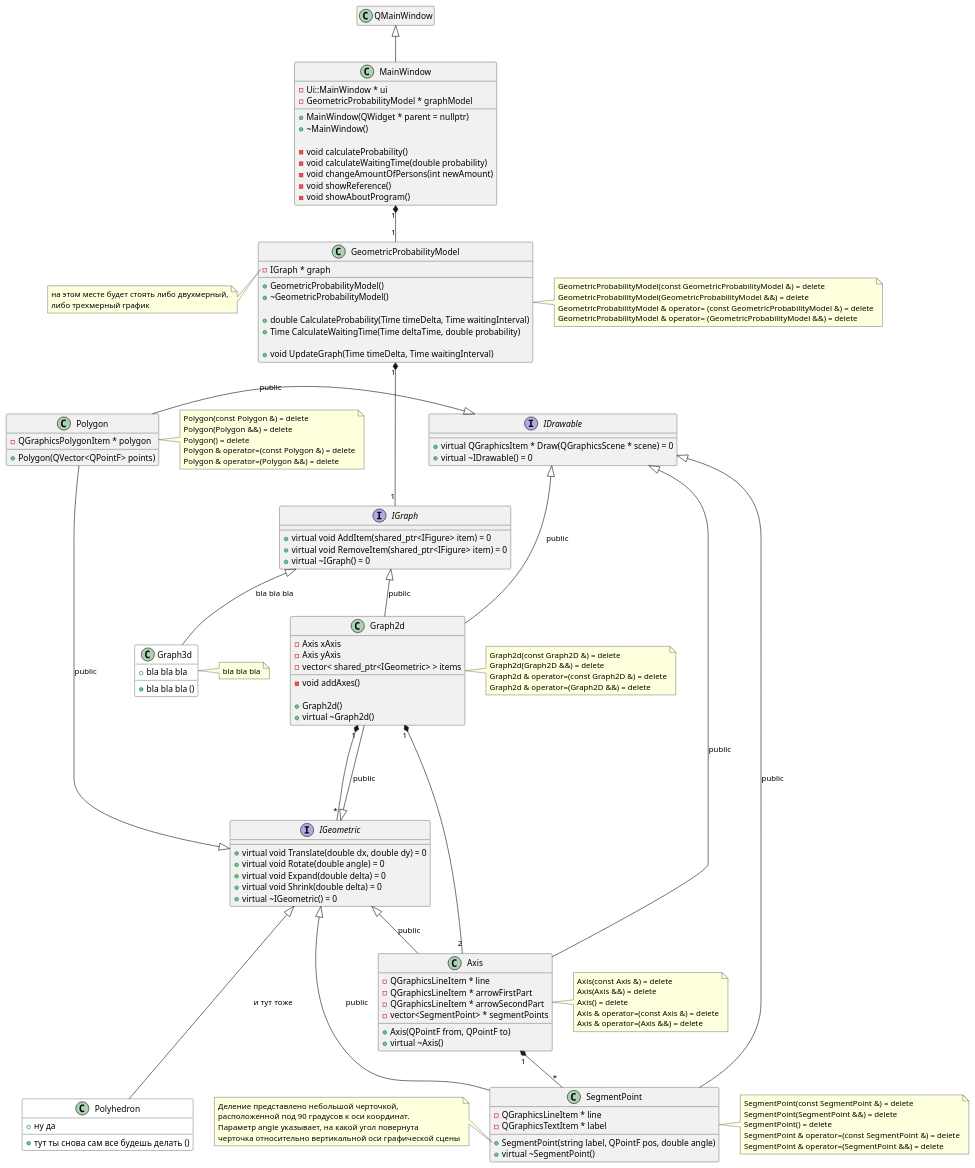
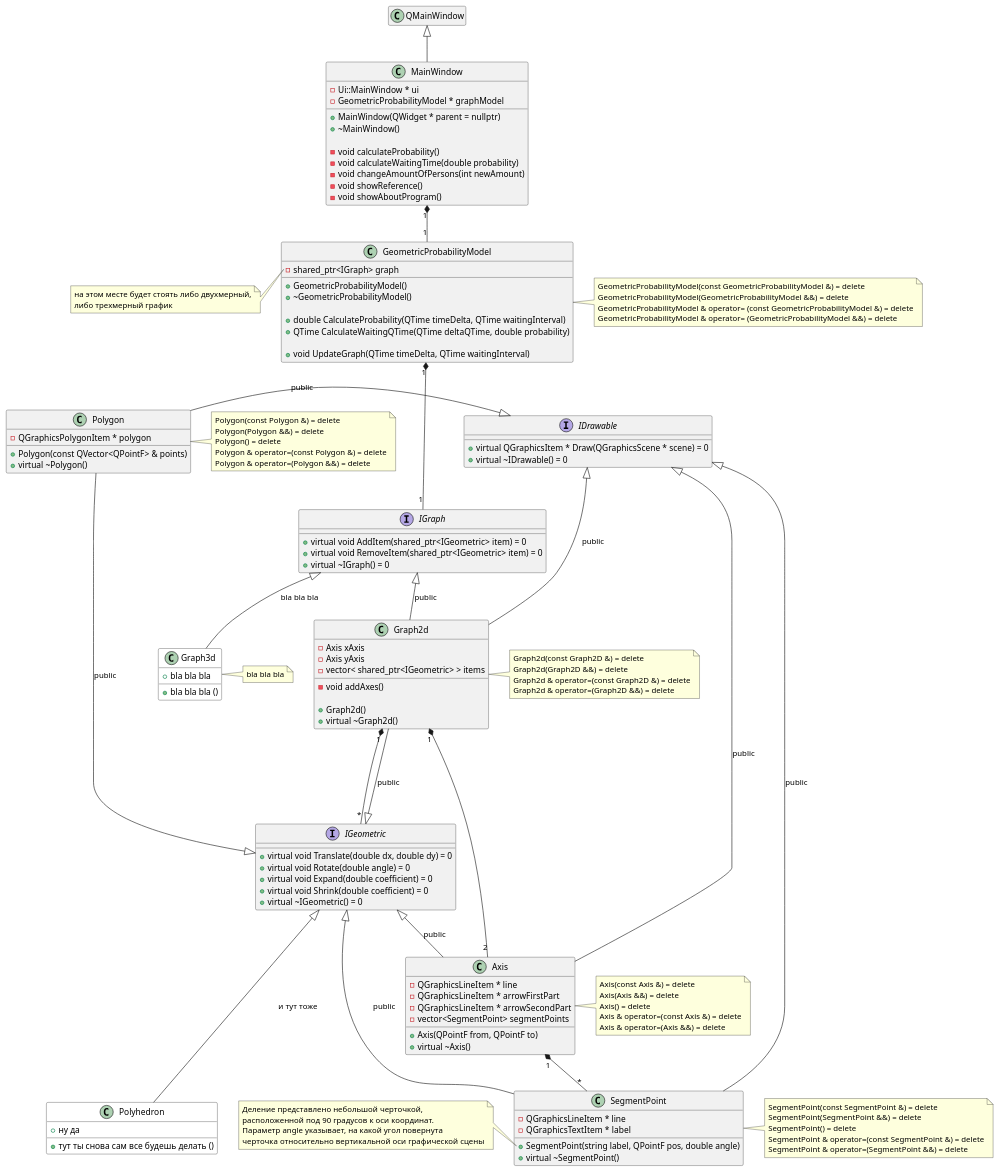
Before and after one commit to HandsAndKeyboards/AppointmentProblem: the diagram in doc/graph2d class.puml, drawn with PlantUML. The commit also changed 1 other file, not shown here.

```diff
--- a/doc/graph2d class.puml
+++ b/doc/graph2d class.puml
@@ -1,186 +1,187 @@
 @startuml 
 
 'https://plantuml.com/class-diagram
 
 class MainWindow {
     - Ui::MainWindow * ui
     - GeometricProbabilityModel * graphModel
 
     + MainWindow(QWidget * parent = nullptr)
     + ~MainWindow()
 
     - void calculateProbability()
     - void calculateWaitingTime(double probability)
     - void changeAmountOfPersons(int newAmount)
     - void showReference()
     - void showAboutProgram()
 }
 QMainWindow <|-- MainWindow
 hide QMainWindow members
 
 
 
 class GeometricProbabilityModel {
-    - IGraph * graph
+    - shared_ptr<IGraph> graph
 
     + GeometricProbabilityModel()
     + ~GeometricProbabilityModel()
 
-    + double CalculateProbability(Time timeDelta, Time waitingInterval)
-    + Time CalculateWaitingTime(Time deltaTime, double probability)
+    + double CalculateProbability(QTime timeDelta, QTime waitingInterval)
+    + QTime CalculateWaitingQTime(QTime deltaQTime, double probability)
 
-    + void UpdateGraph(Time timeDelta, Time waitingInterval)
+    + void UpdateGraph(QTime timeDelta, QTime waitingInterval)
 }
 MainWindow "1" *-- "1" GeometricProbabilityModel
 note left of GeometricProbabilityModel::"graph"
     на этом месте будет стоять либо двухмерный,
     либо трехмерный график
 end note
 note right of GeometricProbabilityModel
     GeometricProbabilityModel(const GeometricProbabilityModel &) = delete
     GeometricProbabilityModel(GeometricProbabilityModel &&) = delete
     GeometricProbabilityModel & operator= (const GeometricProbabilityModel &) = delete
     GeometricProbabilityModel & operator= (GeometricProbabilityModel &&) = delete
 end note
 
 
 
 interface IGraph {
-    + virtual void AddItem(shared_ptr<IFigure> item) = 0
-    + virtual void RemoveItem(shared_ptr<IFigure> item) = 0
+    + virtual void AddItem(shared_ptr<IGeometric> item) = 0
+    + virtual void RemoveItem(shared_ptr<IGeometric> item) = 0
     + virtual ~IGraph() = 0
 }
 GeometricProbabilityModel "1" *--- "1" IGraph
 note left of IGraph::"mainFigure"
     основная фигура, характеризующая
     геометрическую вероятность
 end note
 note left of IGraph::"boundingFigure"
     фигура, ограничивающая основную
 end note
 
 
 
 class Graph2d {
     - Axis xAxis
     - Axis yAxis
     - vector< shared_ptr<IGeometric> > items
 
     - void addAxes()
 
     + Graph2d()
     + virtual ~Graph2d()
 }
 IGraph <|-- Graph2d : public
 IGeometric <|--- Graph2d : public
 IDrawable <|--- Graph2d : public
 note right of Graph2d
     Graph2d(const Graph2D &) = delete
     Graph2d(Graph2D &&) = delete
     Graph2d & operator=(const Graph2D &) = delete
     Graph2d & operator=(Graph2D &&) = delete
 end note
 
 
 
 class Graph3d #white { /' #white окрашивает объект в белый цвет '/
     + bla bla bla
     + bla bla bla ()
 }
 IGraph <|-- Graph3d : bla bla bla
 note right of Graph3d
     bla bla bla
 end note
 
 
 
 class Axis {
     - QGraphicsLineItem * line
     - QGraphicsLineItem * arrowFirstPart
     - QGraphicsLineItem * arrowSecondPart
-    - vector<SegmentPoint> * segmentPoints
+    - vector<SegmentPoint> segmentPoints
 
     + Axis(QPointF from, QPointF to)
     + virtual ~Axis()
 }
 IGeometric <|-- Axis : public
 IDrawable <|-- Axis : public
 Graph2d "1" *-- "2" Axis
 note right of Axis
     Axis(const Axis &) = delete
     Axis(Axis &&) = delete
     Axis() = delete
     Axis & operator=(const Axis &) = delete
     Axis & operator=(Axis &&) = delete
 end note
 
 
 
 class SegmentPoint {
     - QGraphicsLineItem * line
     - QGraphicsTextItem * label
 
     + SegmentPoint(string label, QPointF pos, double angle)
     + virtual ~SegmentPoint()
 }
 IDrawable <|-- SegmentPoint : public
 IGeometric <|-- SegmentPoint : public
 Axis "1" *-- "*" SegmentPoint
 note left of SegmentPoint::"SegmentPoint(string label, QPointF pos, double angle)"
     Деление представлено небольшой черточкой,
     расположенной под 90 градусов к оси координат.
     Параметр angle указывает, на какой угол повернута
     черточка относительно вертикальной оси графической сцены
 end note
 note right of SegmentPoint
     SegmentPoint(const SegmentPoint &) = delete
     SegmentPoint(SegmentPoint &&) = delete
     SegmentPoint() = delete
     SegmentPoint & operator=(const SegmentPoint &) = delete
     SegmentPoint & operator=(SegmentPoint &&) = delete
 end note
 
 
 
 interface IGeometric {
     + virtual void Translate(double dx, double dy) = 0
     + virtual void Rotate(double angle) = 0
-    + virtual void Expand(double delta) = 0
-    + virtual void Shrink(double delta) = 0
+    + virtual void Expand(double coefficient) = 0
+    + virtual void Shrink(double coefficient) = 0
     + virtual ~IGeometric() = 0
 }
 Graph2d "1" *-- "*" IGeometric
 
 
 class Polygon {
     - QGraphicsPolygonItem * polygon
 
-    + Polygon(QVector<QPointF> points)
+    + Polygon(const QVector<QPointF> & points)
+    + virtual ~Polygon()
 }
 IGeometric <|-- Polygon : public
 IDrawable <|-left- Polygon : public
 note right of Polygon
     Polygon(const Polygon &) = delete
     Polygon(Polygon &&) = delete
     Polygon() = delete
     Polygon & operator=(const Polygon &) = delete
     Polygon & operator=(Polygon &&) = delete
 end note
 
 
 
 class Polyhedron #white { /' #white окрашивает объект в белый цвет '/
     + ну да
     + тут ты снова сам все будешь делать ()
 }
 IGeometric <|--- Polyhedron : и тут тоже
 
 
 
 interface IDrawable {
     + virtual QGraphicsItem * Draw(QGraphicsScene * scene) = 0
     + virtual ~IDrawable() = 0
 }
 
 
 @enduml
```
